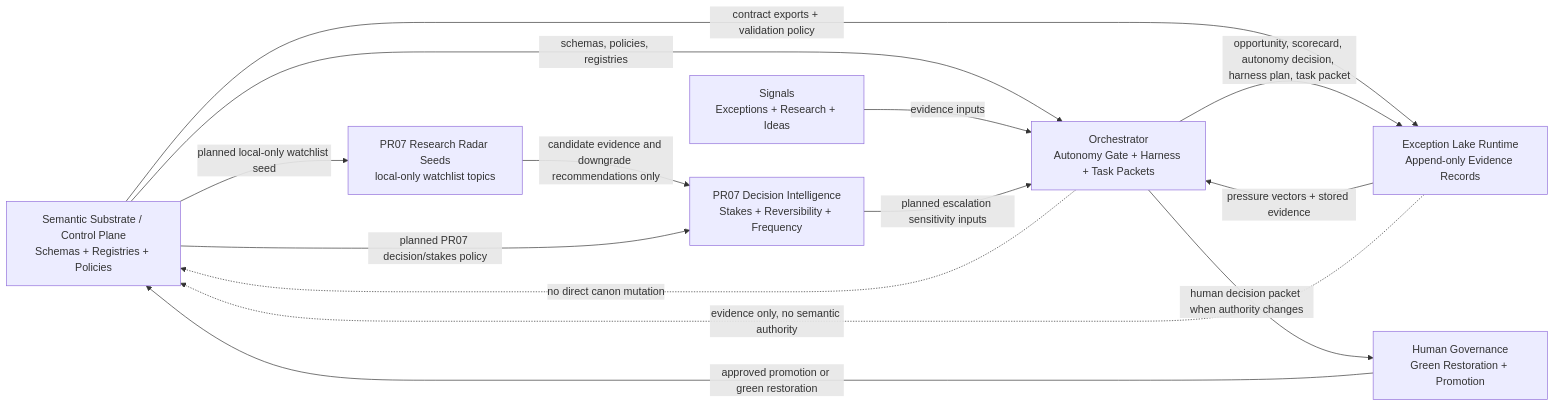
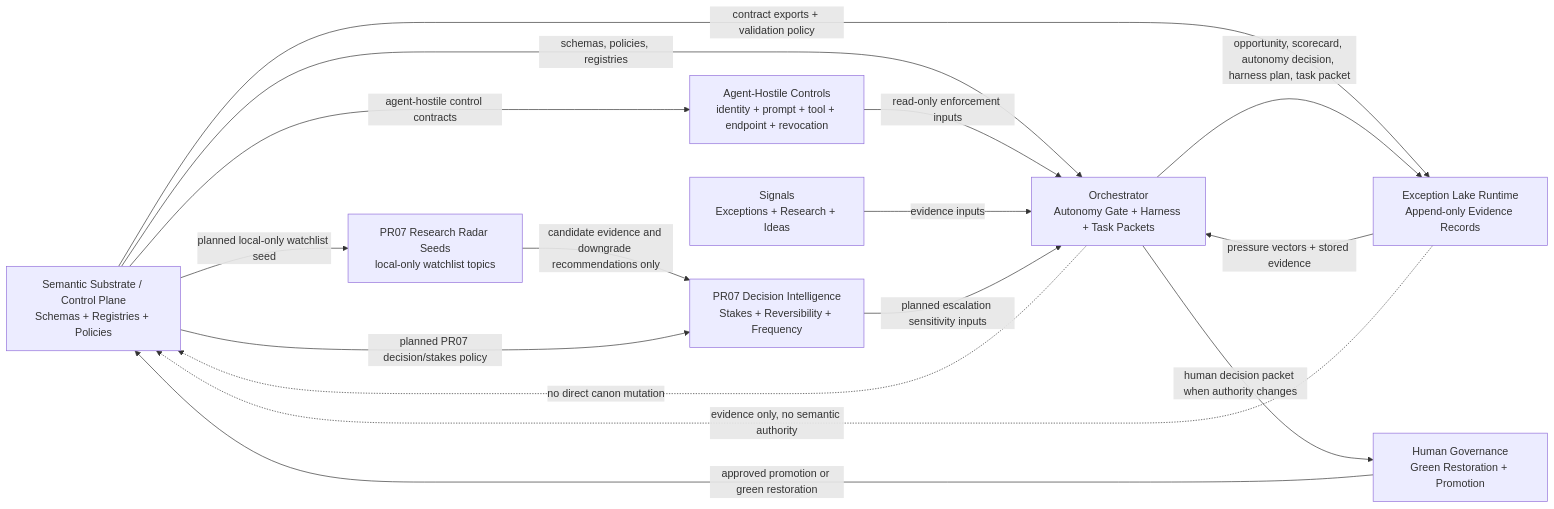
Before and after one commit to lowelltwong-alt/LawFirm-os-semantic-substrate: the first of 2 diagrams in DATA_FLOW_MAP.md, drawn with Mermaid. The commit also changed other lines of this file and 28 other files, not shown here.

Commit message:
Add agent-hostile control contracts

````diff
--- a/DATA_FLOW_MAP.md
+++ b/DATA_FLOW_MAP.md
@@ -42,25 +44,28 @@
 ```mermaid
 flowchart LR
     SS["Semantic Substrate / Control Plane\nSchemas + Registries + Policies"]
     OR["Orchestrator\nAutonomy Gate + Harness + Task Packets"]
     EL["Exception Lake Runtime\nAppend-only Evidence Records"]
     HUM["Human Governance\nGreen Restoration + Promotion"]
     SIG["Signals\nExceptions + Research + Ideas"]
     DEC["PR07 Decision Intelligence\nStakes + Reversibility + Frequency"]
     RR["PR07 Research Radar Seeds\nlocal-only watchlist topics"]
+    AHC["Agent-Hostile Controls\nidentity + prompt + tool + endpoint + revocation"]
 
     SS -->|"schemas, policies, registries"| OR
+    SS -->|"agent-hostile control contracts"| AHC
+    AHC -->|"read-only enforcement inputs"| OR
     SS -->|"contract exports + validation policy"| EL
     SIG -->|"evidence inputs"| OR
     SS -->|"planned local-only watchlist seed"| RR
     RR -->|"candidate evidence and downgrade recommendations only"| DEC
     SS -->|"planned PR07 decision/stakes policy"| DEC
     DEC -->|"planned escalation sensitivity inputs"| OR
     OR -->|"opportunity, scorecard, autonomy decision, harness plan, task packet"| EL
     EL -->|"pressure vectors + stored evidence"| OR
     OR -->|"human decision packet when authority changes"| HUM
     HUM -->|"approved promotion or green restoration"| SS
 
     OR -. "no direct canon mutation" .-> SS
     EL -. "evidence only, no semantic authority" .-> SS
 ```
````
